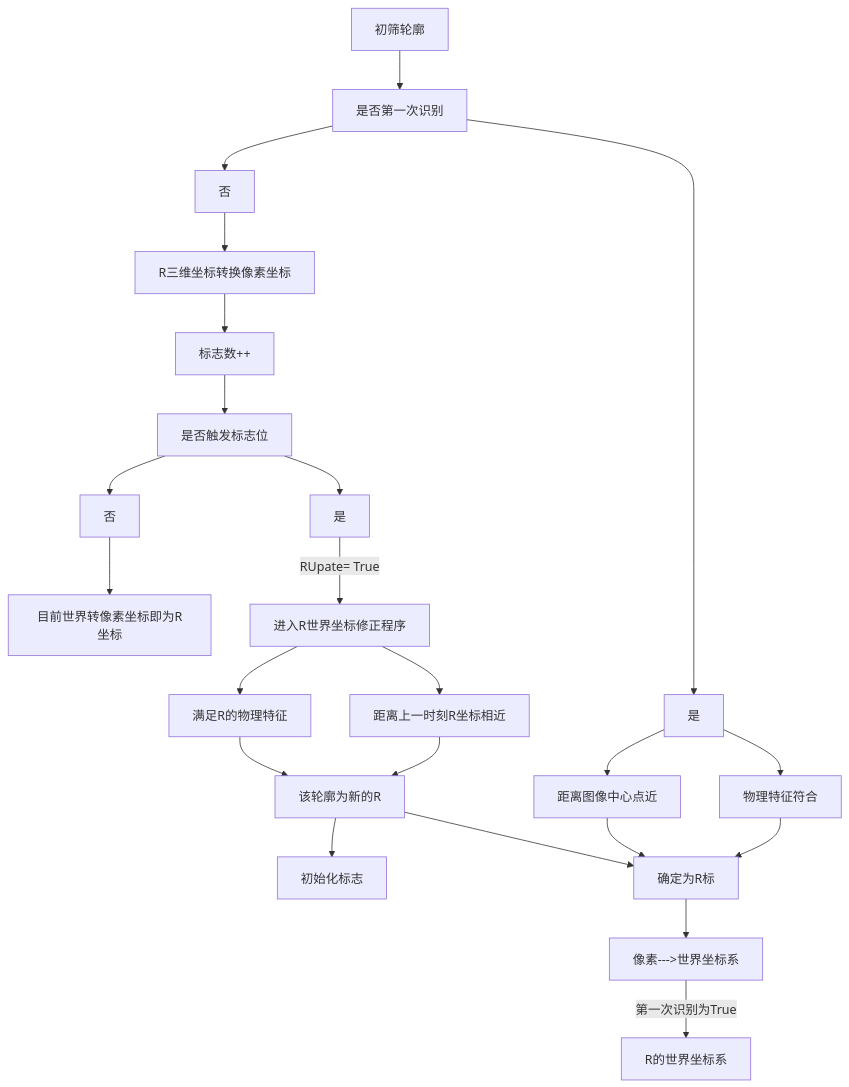
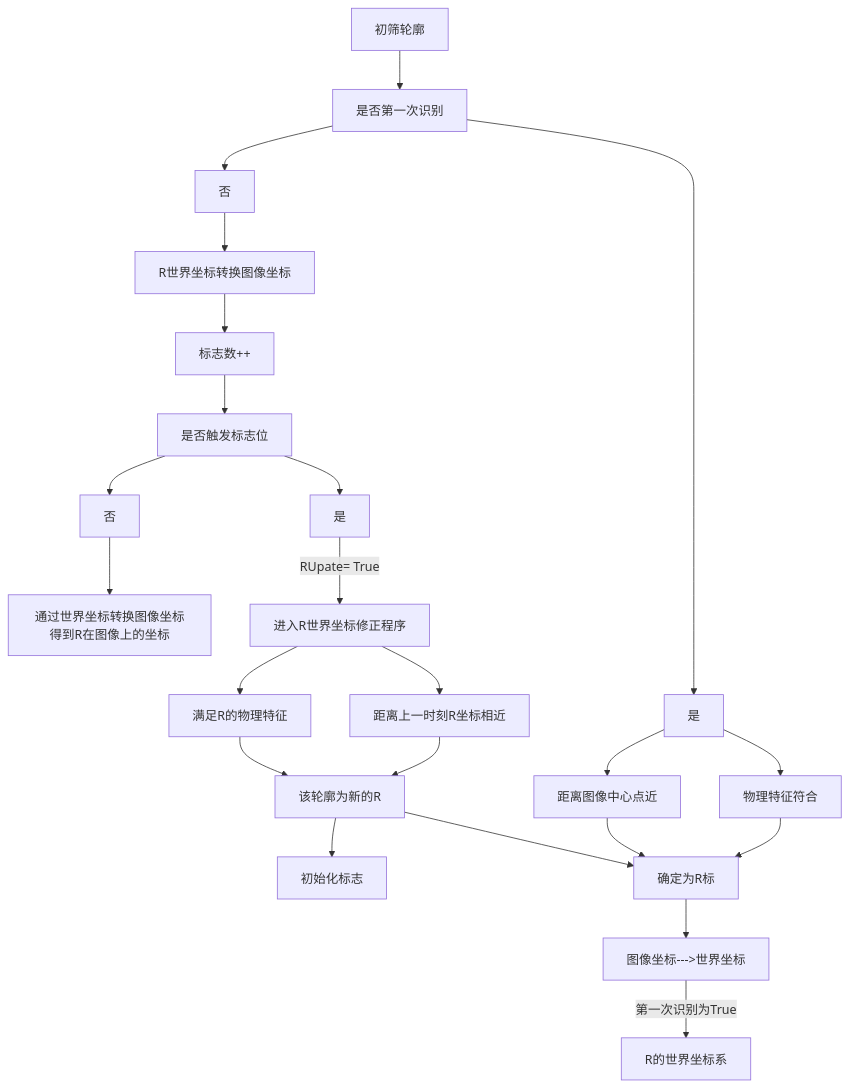
The third of 5 diagrams in README.md (IC-glb/BuffOpenSource), drawn with Mermaid before and after one commit. The commit also changed other lines of this file, not shown here.

````diff
--- a/README.md
+++ b/README.md
@@ -104,35 +108,35 @@
 ```mermaid
 graph TD;
     A[初筛轮廓];
     B[初始化标志];
-    C[像素--->世界坐标系];
+    C[图像坐标--->世界坐标];
     D[是否第一次识别];
     E[距离图像中心点近];
     F[物理特征符合];
     G[是];
     H[否];
     A-->D;
     D-->G;
     D-->H;
     G-->E;
     G-->F;
     I[确定为R标];
     F --> I;
     E --> I;
     I-->C;
     C-->|第一次识别为True|A1[R的世界坐标系]
 
-    H-->H1[R三维坐标转换像素坐标]
+    H-->H1[R世界坐标转换图像坐标]
     H1-->H2[标志数++]
     H2-->H3[是否触发标志位]
     H3-->H4[是]
     H3-->H5[否]
-    H5-->F1[目前世界转像素坐标即为R坐标]
+    H5-->F1[通过世界坐标转换图像坐标得到R在图像上的坐标]
     H4 -->|RUpate= True|H6[进入R世界坐标修正程序]
     H6 --> H7[距离上一时刻R坐标相近]
     H6 --> H8[满足R的物理特征]
     H7 --> H9[该轮廓为新的R]
     H9 -->B
     H9 -->I
     H8 -->H9
 ```
````
